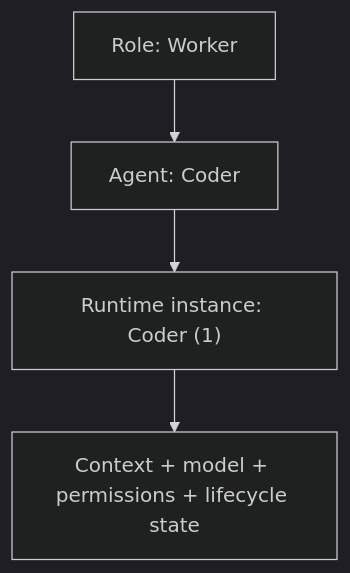
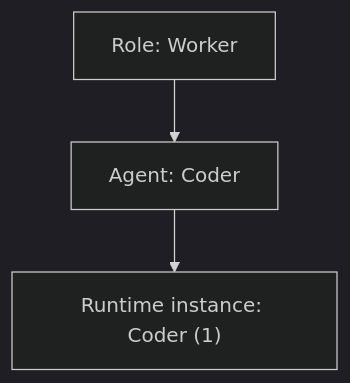
One commit to starodubtsevconsulting/ai-workflows changed the second of 4 diagrams in README.md. Above: the diagram before and after it, drawn with Mermaid (dark theme). The commit also changed other lines of this file, not shown here.

````diff
--- a/README.md
+++ b/README.md
@@ -42,6 +43,5 @@
 ```mermaid
 flowchart TD
   Role["Role: Worker"] --> Agent["Agent: Coder"]
   Agent --> Runtime["Runtime instance: Coder (1)"]
-  Runtime --> Config["Context + model + permissions + lifecycle state"]
 ```
````
